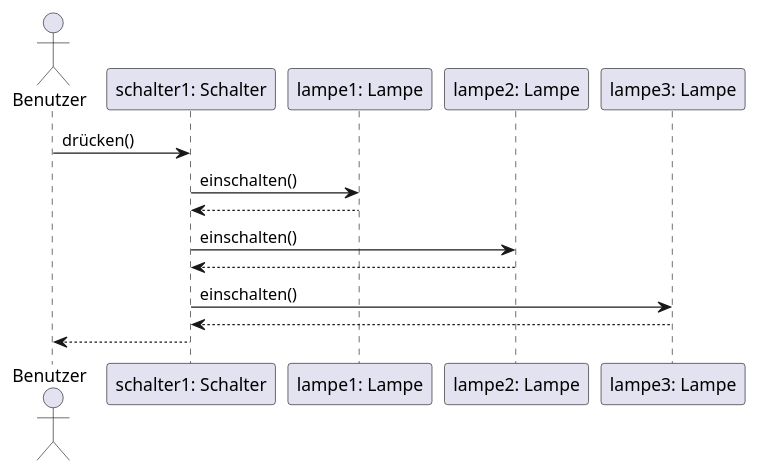
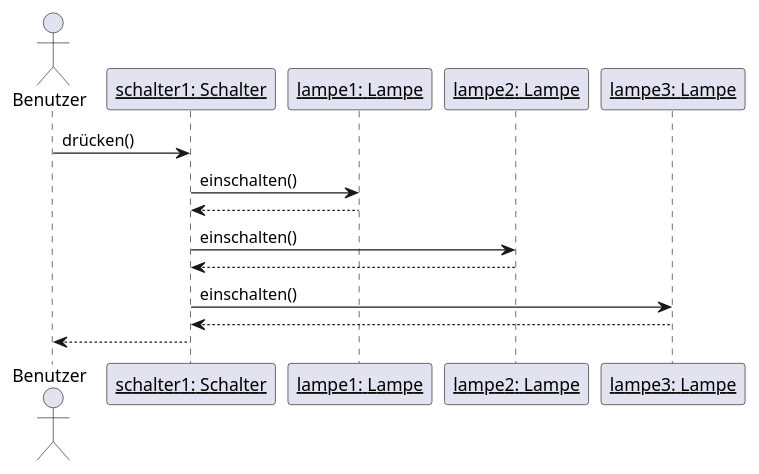
Before and after one commit to andrebauer/unterricht: the first of 8 diagrams in docs/anwendungsentwicklung/oop-java-einstieg/information-objektorientierte-analyse.adoc, drawn with PlantUML. The commit also changed other lines of this file and 14 other files, not shown here.

```diff
--- a/docs/anwendungsentwicklung/oop-java-einstieg/information-objektorientierte-analyse.adoc
+++ b/docs/anwendungsentwicklung/oop-java-einstieg/information-objektorientierte-analyse.adoc
@@ -77,17 +77,17 @@
 [plantuml, {prefix}-sequenzdiagramm-1, svg]
 ....
 actor Benutzer
 
-Benutzer -> "schalter1: Schalter" as schalter1: drücken()
+Benutzer -> "<u>schalter1: Schalter</u>" as schalter1: drücken()
 
-schalter1 -> "lampe1: Lampe" as lampe1: einschalten()
+schalter1 -> "<u>lampe1: Lampe</u>" as lampe1: einschalten()
 lampe1 --> schalter1
 
-schalter1 -> "lampe2: Lampe" as lampe2: einschalten()
+schalter1 -> "<u>lampe2: Lampe</u>" as lampe2: einschalten()
 lampe2 --> schalter1
 
-schalter1 -> "lampe3: Lampe" as lampe3: einschalten()
+schalter1 -> "<u>lampe3: Lampe</u>" as lampe3: einschalten()
 lampe3 --> schalter1
 
 schalter1 --> Benutzer
 ....
```
